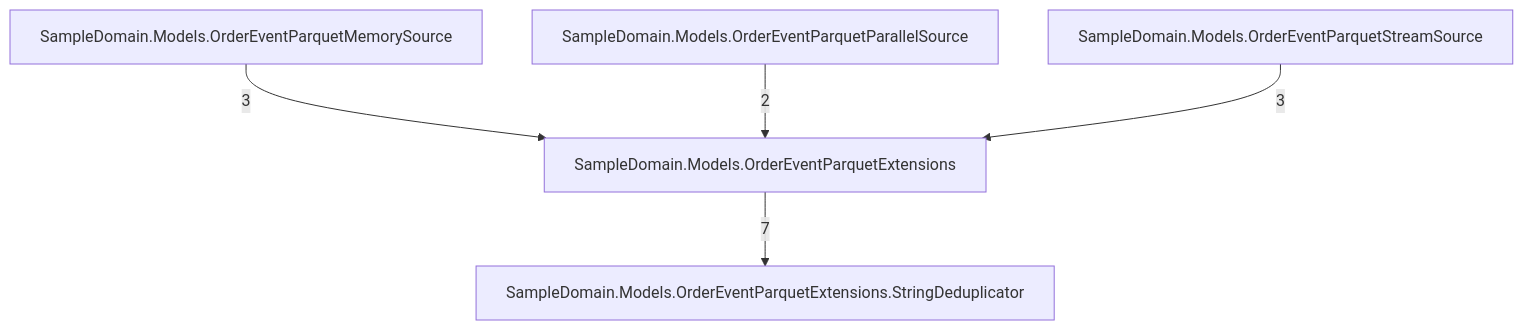
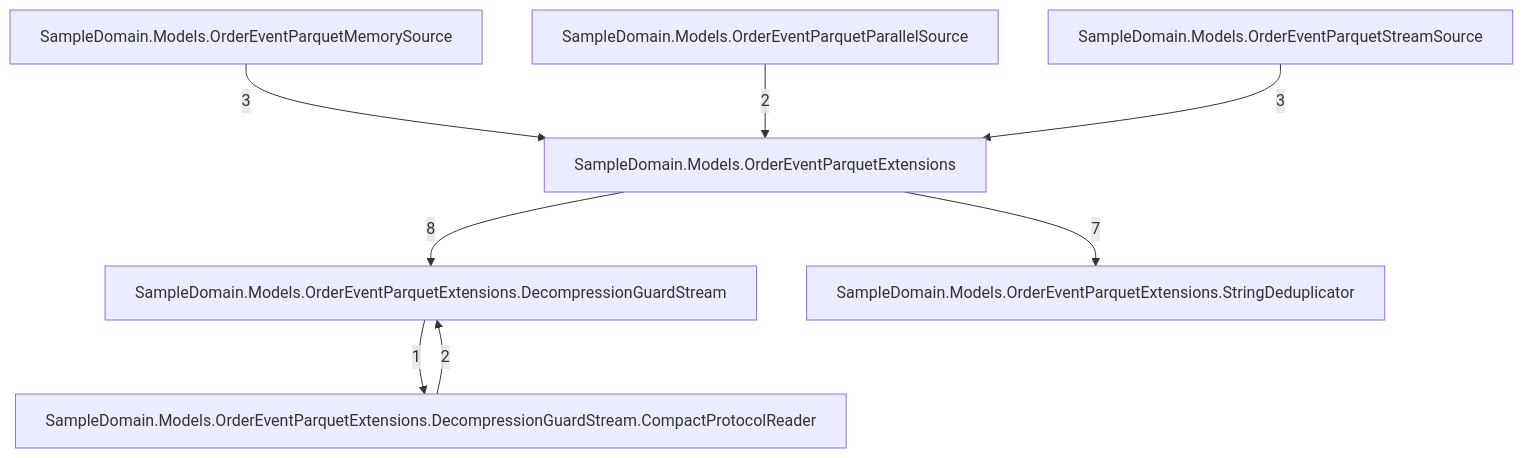
The fourth of 7 diagrams in docs/callgraph-generated.md (rtkelly13/Parquet.SourceGenerator), drawn with Mermaid before and after one commit. The commit also changed other lines of this file and 32 other files, not shown here.

````diff
--- a/docs/callgraph-generated.md
+++ b/docs/callgraph-generated.md
@@ -45,12 +60,17 @@
 ```mermaid
 graph TD
     tsampledomainmodelsordereventparquetextensions_047["SampleDomain.Models.OrderEventParquetExtensions"]
+    tsampledomainmodelsordereventparquetextensionsdecompressionguardstream_072["SampleDomain.Models.OrderEventParquetExtensions.DecompressionGuardStream"]
+    tsampledomainmodelsordereventparquetextensionsdecompressionguardstreamcompactprotocolreader_094["SampleDomain.Models.OrderEventParquetExtensions.DecompressionGuardStream.CompactProtocolReader"]
     tsampledomainmodelsordereventparquetextensionsstringdeduplicator_066["SampleDomain.Models.OrderEventParquetExtensions.StringDeduplicator"]
     tsampledomainmodelsordereventparquetmemorysource_049["SampleDomain.Models.OrderEventParquetMemorySource"]
     tsampledomainmodelsordereventparquetparallelsource_051["SampleDomain.Models.OrderEventParquetParallelSource"]
     tsampledomainmodelsordereventparquetstreamsource_049["SampleDomain.Models.OrderEventParquetStreamSource"]
+    tsampledomainmodelsordereventparquetextensionsdecompressionguardstreamcompactprotocolreader_094 -->|2| tsampledomainmodelsordereventparquetextensionsdecompressionguardstream_072
+    tsampledomainmodelsordereventparquetextensionsdecompressionguardstream_072 -->|1| tsampledomainmodelsordereventparquetextensionsdecompressionguardstreamcompactprotocolreader_094
+    tsampledomainmodelsordereventparquetextensions_047 -->|8| tsampledomainmodelsordereventparquetextensionsdecompressionguardstream_072
     tsampledomainmodelsordereventparquetextensions_047 -->|7| tsampledomainmodelsordereventparquetextensionsstringdeduplicator_066
     tsampledomainmodelsordereventparquetmemorysource_049 -->|3| tsampledomainmodelsordereventparquetextensions_047
     tsampledomainmodelsordereventparquetparallelsource_051 -->|2| tsampledomainmodelsordereventparquetextensions_047
     tsampledomainmodelsordereventparquetstreamsource_049 -->|3| tsampledomainmodelsordereventparquetextensions_047
 ```
````
